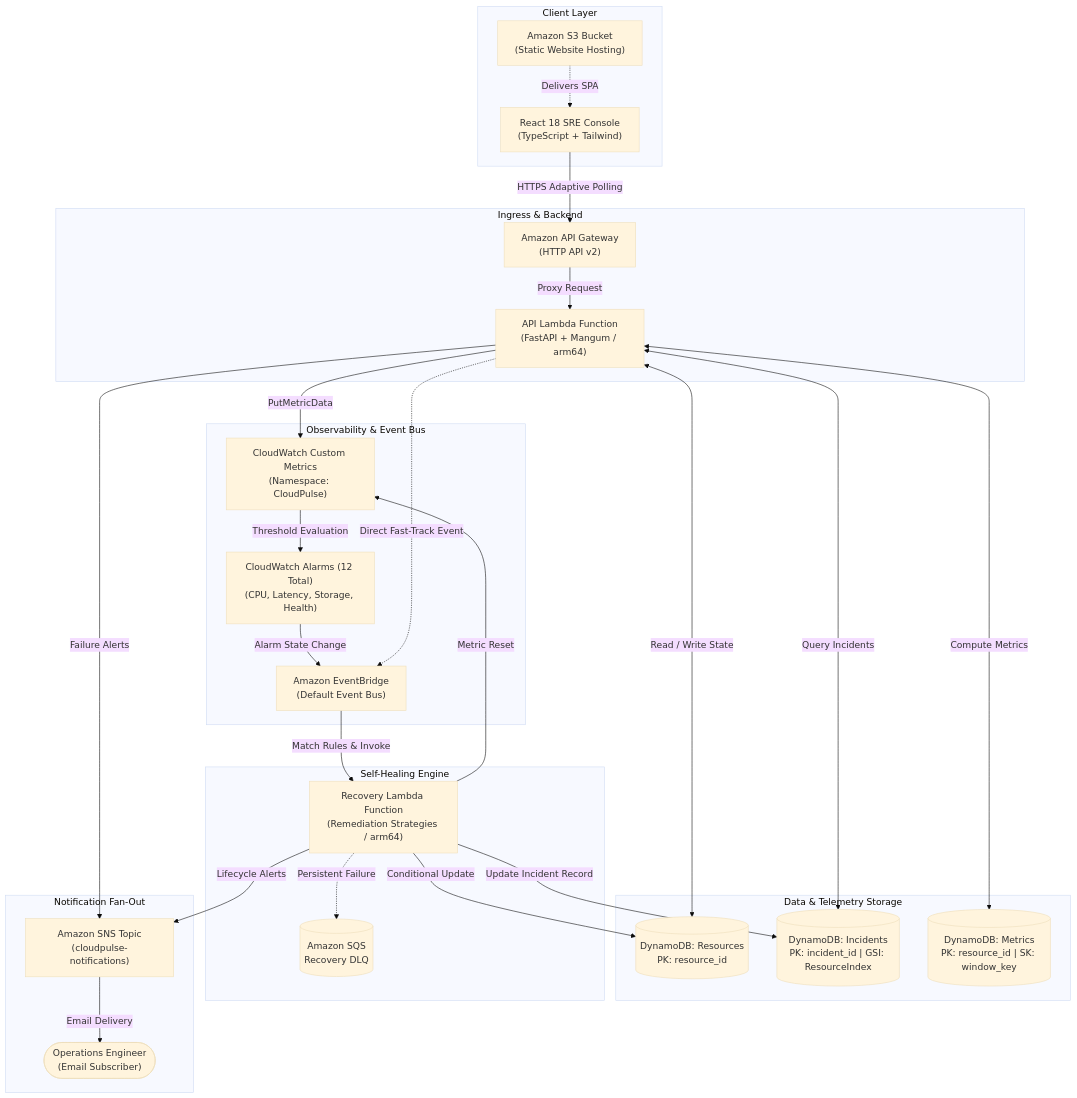
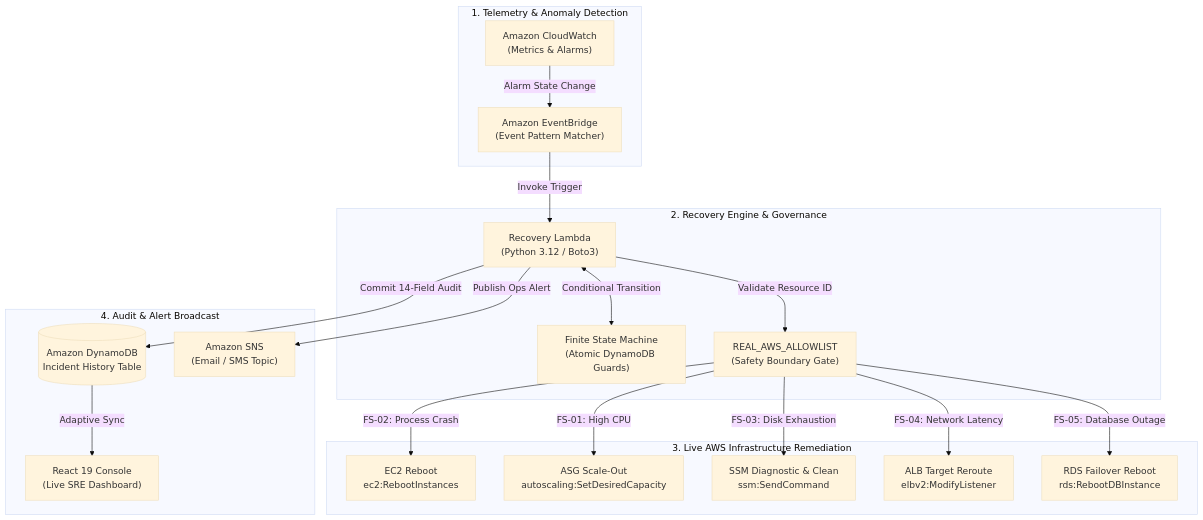
Before and after one commit to Chetan0246/cloudpulse: the diagram in README.md, drawn with Mermaid (base theme). The commit also changed other lines of this file and 4 other files, not shown here.

Commit message:
docs: update README and architecture docs to showcase real AWS operations

````diff
--- a/README.md
+++ b/README.md
@@ -44,54 +66,41 @@
 ```mermaid
 flowchart TD
-    subgraph Client ["Client Layer"]
-        UI["React 18 SRE Console<br/>(TypeScript + Tailwind)"]
-        S3["Amazon S3 Bucket<br/>(Static Website Hosting)"]
-        S3 -.->|Delivers SPA| UI
+    subgraph Detection ["1. Telemetry & Anomaly Detection"]
+        CW["Amazon CloudWatch<br/>(Metrics & Alarms)"]
+        EB["Amazon EventBridge<br/>(Event Pattern Matcher)"]
+        CW -->|Alarm State Change| EB
     end
 
-    subgraph API ["Ingress & Backend"]
-        APIGW["Amazon API Gateway<br/>(HTTP API v2)"]
-        UI -->|HTTPS Adaptive Polling| APIGW
-        APILambda["API Lambda Function<br/>(FastAPI + Mangum / arm64)"]
-        APIGW -->|Proxy Request| APILambda
+    subgraph Decision ["2. Recovery Engine & Governance"]
+        LAMBDA["Recovery Lambda<br/>(Python 3.12 / Boto3)"]
+        FSM["Finite State Machine<br/>(Atomic DynamoDB Guards)"]
+        AUTH["REAL_AWS_ALLOWLIST<br/>(Safety Boundary Gate)"]
+        EB -->|Invoke Trigger| LAMBDA
+        LAMBDA <-->|Conditional Transition| FSM
+        LAMBDA -->|Validate Resource ID| AUTH
     end
 
-    subgraph Data ["Data & Telemetry Storage"]
-        DDB_Res[("DynamoDB: Resources<br/>PK: resource_id")]
-        DDB_Inc[("DynamoDB: Incidents<br/>PK: incident_id | GSI: ResourceIndex")]
-        DDB_Met[("DynamoDB: Metrics<br/>PK: resource_id | SK: window_key")]
-        APILambda <-->|Read / Write State| DDB_Res
-        APILambda <-->|Query Incidents| DDB_Inc
-        APILambda <-->|Compute Metrics| DDB_Met
+    subgraph Remediation ["3. Live AWS Infrastructure Remediation"]
+        EC2_ACT["EC2 Reboot<br/>ec2:RebootInstances"]
+        ASG_ACT["ASG Scale-Out<br/>autoscaling:SetDesiredCapacity"]
+        SSM_ACT["SSM Diagnostic & Clean<br/>ssm:SendCommand"]
+        ALB_ACT["ALB Target Reroute<br/>elbv2:ModifyListener"]
+        RDS_ACT["RDS Failover Reboot<br/>rds:RebootDBInstance"]
+        
+        AUTH -->|FS-01: High CPU| ASG_ACT
+        AUTH -->|FS-02: Process Crash| EC2_ACT
+        AUTH -->|FS-03: Disk Exhaustion| SSM_ACT
+        AUTH -->|FS-04: Network Latency| ALB_ACT
+        AUTH -->|FS-05: Database Outage| RDS_ACT
     end
 
-    subgraph Observability ["Observability & Event Bus"]
-        CW_Met["CloudWatch Custom Metrics<br/>(Namespace: CloudPulse)"]
-        CW_Alarms["CloudWatch Alarms (12 Total)<br/>(CPU, Latency, Storage, Health)"]
-        EB["Amazon EventBridge<br/>(Default Event Bus)"]
+    subgraph Observability ["4. Audit & Alert Broadcast"]
+        DDB[("Amazon DynamoDB<br/>Incident History Table")]
+        SNS["Amazon SNS<br/>(Email / SMS Topic)"]
+        S3["React 19 Console<br/>(Live SRE Dashboard)"]
         
-        APILambda -->|PutMetricData| CW_Met
-        CW_Met -->|Threshold Evaluation| CW_Alarms
-        CW_Alarms -->|Alarm State Change| EB
-        APILambda -.->|Direct Fast-Track Event| EB
-    end
-
-    subgraph Recovery ["Self-Healing Engine"]
-        RecLambda["Recovery Lambda Function<br/>(Remediation Strategies / arm64)"]
-        EB -->|Match Rules & Invoke| RecLambda
-        DLQ[("Amazon SQS<br/>Recovery DLQ")]
-        RecLambda -.->|Persistent Failure| DLQ
-        
-        RecLambda -->|Conditional Update| DDB_Res
-        RecLambda -->|Update Incident Record| DDB_Inc
-        RecLambda -->|Metric Reset| CW_Met
-    end
-
-    subgraph Alerting ["Notification Fan-Out"]
-        SNS["Amazon SNS Topic<br/>(cloudpulse-notifications)"]
-        Email(["Operations Engineer<br/>(Email Subscriber)"])
-        RecLambda -->|Lifecycle Alerts| SNS
-        APILambda -->|Failure Alerts| SNS
-        SNS -->|Email Delivery| Email
+        LAMBDA -->|Commit 14-Field Audit| DDB
+        LAMBDA -->|Publish Ops Alert| SNS
+        DDB -->|Adaptive Sync| S3
     end
 ```
````
